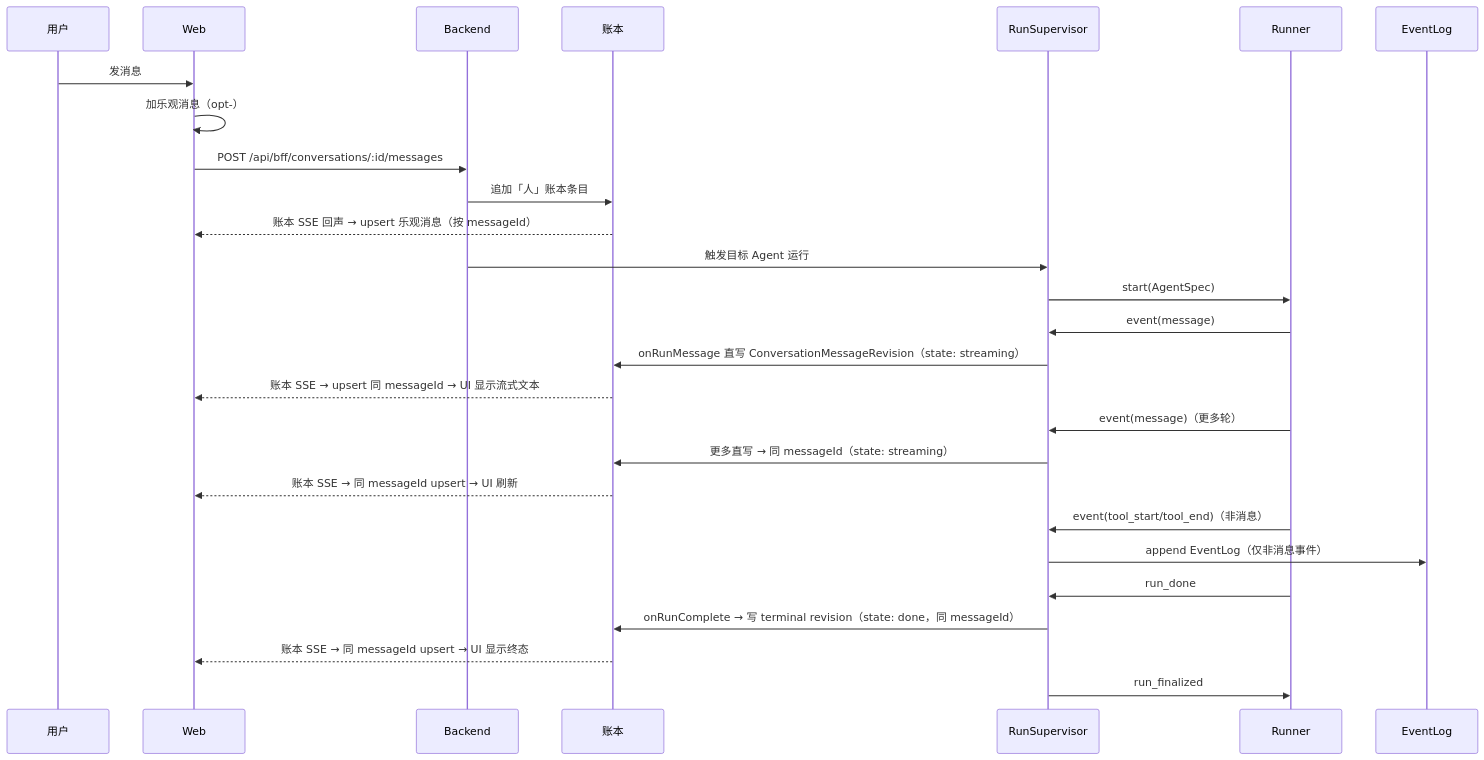
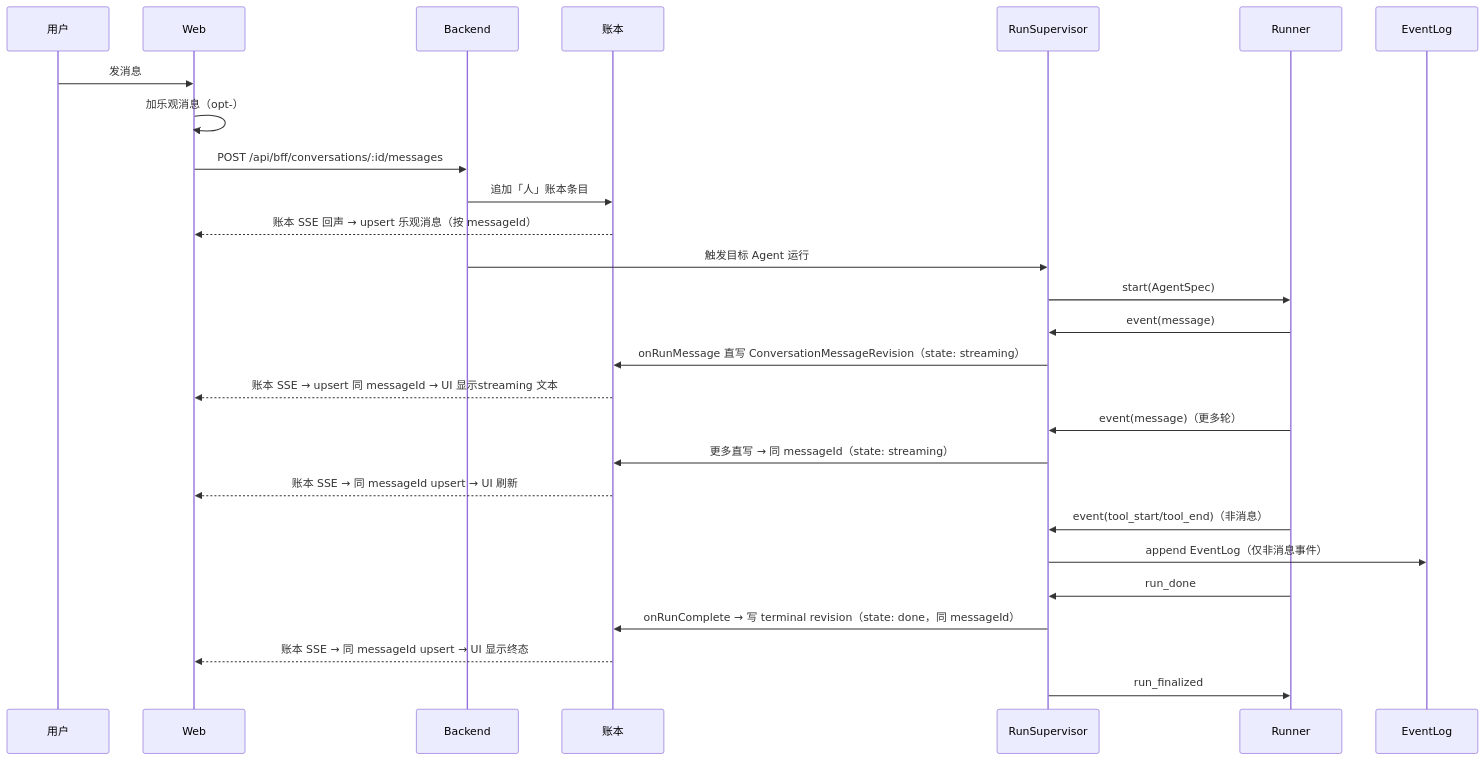
The diagram in docs/architecture/flows/e2e-web-message.md (Chengchcc/my-agent-team), drawn with Mermaid before and after one commit. The commit also changed other lines of this file and 24 other files, not shown here.

````diff
--- a/docs/architecture/flows/e2e-web-message.md
+++ b/docs/architecture/flows/e2e-web-message.md
@@ -21,30 +21,30 @@
 ```mermaid
 sequenceDiagram
   participant U as 用户
   participant W as Web
   participant B as Backend
   participant L as 账本
   participant S as RunSupervisor
   participant D as Runner
   participant E as EventLog
 
   U->>W: 发消息
   W->>W: 加乐观消息（opt-）
   W->>B: POST /api/bff/conversations/:id/messages
   B->>L: 追加「人」账本条目
   L-->>W: 账本 SSE 回声 → upsert 乐观消息（按 messageId）
   B->>S: 触发目标 Agent 运行
   S->>D: start(AgentSpec)
   D->>S: event(message)
   S->>L: onRunMessage 直写 ConversationMessageRevision（state: streaming）
-  L-->>W: 账本 SSE → upsert 同 messageId → UI 显示流式文本
+  L-->>W: 账本 SSE → upsert 同 messageId → UI 显示streaming 文本
   D->>S: event(message)（更多轮）
   S->>L: 更多直写 → 同 messageId（state: streaming）
   L-->>W: 账本 SSE → 同 messageId upsert → UI 刷新
   D->>S: event(tool_start/tool_end)（非消息）
   S->>E: append EventLog（仅非消息事件）
   D->>S: run_done
   S->>L: onRunComplete → 写 terminal revision（state: done，同 messageId）
   L-->>W: 账本 SSE → 同 messageId upsert → UI 显示终态
   S->>D: run_finalized
 ```
````
